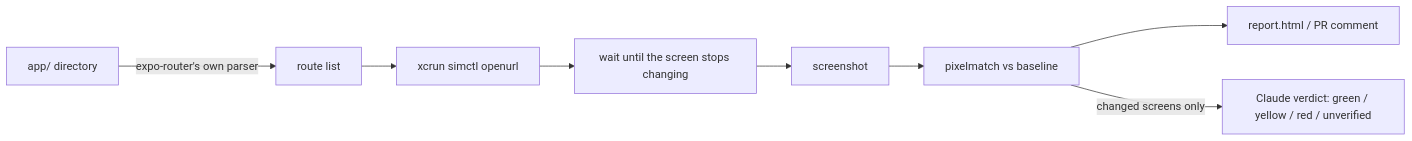
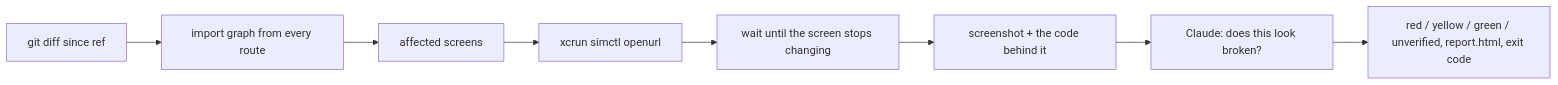
The diagram in README.md (ColeBlender/routeshot), drawn with Mermaid before and after one commit. The commit also changed other lines of this file and 6 other files, not shown here.

Commit message:
[routeshot] Rewrite the README around the code-aware judge; add changed-since to the Action

````diff
--- a/README.md
+++ b/README.md
@@ -47,10 +67,10 @@
 ```mermaid
 flowchart LR
-  A[app/ directory] -->|expo-router's own parser| B[route list]
-  B --> C[xcrun simctl openurl]
-  C --> D[wait until the screen stops changing]
-  D --> E[screenshot]
-  E --> F[pixelmatch vs baseline]
-  F --> G[report.html / PR comment]
-  F -->|changed screens only| H[Claude verdict: green / yellow / red / unverified]
+  A[git diff since ref] --> B[import graph from every route]
+  B --> C[affected screens]
+  C --> D[xcrun simctl openurl]
+  D --> E[wait until the screen stops changing]
+  E --> F[screenshot + the code behind it]
+  F --> G[Claude: does this look broken?]
+  G --> H[red / yellow / green / unverified, report.html, exit code]
 ```
````
